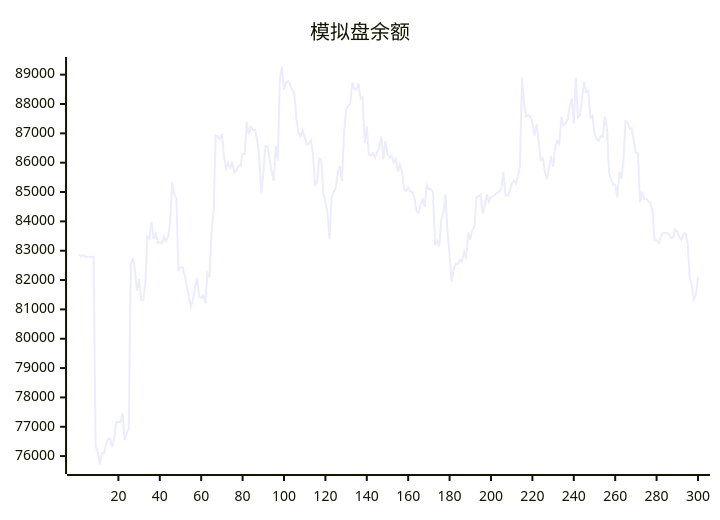
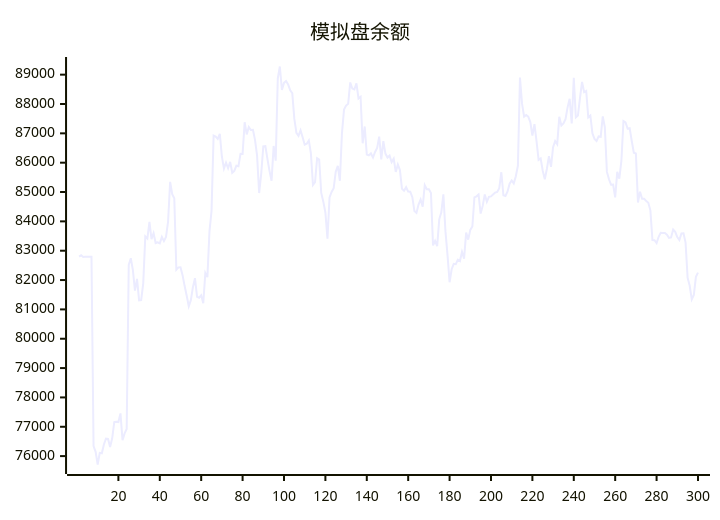
The diagram in README.md (aahl/ai-trading), drawn with Mermaid before and after one commit. The commit also changed other lines of this file and 1 other file, not shown here.

````diff
--- a/README.md
+++ b/README.md
@@ -5,5 +5,5 @@
 ```mermaid
 xychart
     title "模拟盘余额"
-    line [82873,82801,82844,82785,82791,82791,82793,82794,76339,76145,75714,76110,76096,76397,76594,76585,76310,76607,77160,77170,77160,77456,76541,76774,76927,82520,82744,82337,81639,82040,81307,81314,81887,83490,83414,83984,83396,83594,83261,83287,83253,83470,83327,83465,83987,85348,84930,84786,82355,82433,82438,82167,81795,81466,81105,81315,81756,82064,81426,81398,81481,81210,82242,82099,83658,84359,86925,86892,86814,86980,86203,85802,86003,85811,86028,85657,85721,85896,85880,86300,86299,87378,86965,87214,87115,87118,86780,86238,84966,85623,86555,86562,86129,85722,85387,86569,86070,88870,89278,88477,88720,88781,88668,88467,88372,87493,87018,86917,87102,86870,86613,86644,86758,86317,85242,85334,86149,86106,84968,84671,84302,83410,84816,85001,85127,85693,85891,85384,87001,87811,87945,88007,88734,88528,88495,88705,88189,88248,86662,87234,86279,86251,86314,86177,86364,86503,86886,86114,86731,86310,86176,86240,86017,86136,85685,85938,85749,85111,85044,85164,85016,85008,84824,84354,84287,84572,84745,84500,85234,85096,85095,84970,83180,83338,83157,84070,84309,84922,83667,82850,81924,82369,82552,82539,82695,82648,82962,82728,83619,83378,83710,83825,84819,84854,84917,84265,84527,84919,84668,84834,84850,84916,84981,85004,85131,85674,84891,84864,85019,85284,85393,85294,85538,85894,88904,88012,87567,87625,87568,87386,86920,87313,86737,86094,86143,85725,85437,85787,86219,85859,86526,86740,86630,87563,87264,87335,87483,87886,88180,87335,88894,87544,87608,88207,88755,88401,88444,87543,87608,87000,86810,86740,86894,86884,87576,87209,85686,85435,85251,85255,84820,85689,85453,86066,87420,87373,87161,87178,86740,86341,86315,84643,85012,84772,84768,84690,84635,84376,83360,83357,83259,83474,83608,83606,83602,83548,83440,83454,83724,83644,83464,83365,83590,83592,83275,82072,81806,81344,81492,82109]
+    line [82801,82844,82785,82791,82791,82793,82794,76339,76145,75714,76110,76096,76397,76594,76585,76310,76607,77160,77170,77160,77456,76541,76774,76927,82520,82744,82337,81639,82040,81307,81314,81887,83490,83414,83984,83396,83594,83261,83287,83253,83470,83327,83465,83987,85348,84930,84786,82355,82433,82438,82167,81795,81466,81105,81315,81756,82064,81426,81398,81481,81210,82242,82099,83658,84359,86925,86892,86814,86980,86203,85802,86003,85811,86028,85657,85721,85896,85880,86300,86299,87378,86965,87214,87115,87118,86780,86238,84966,85623,86555,86562,86129,85722,85387,86569,86070,88870,89278,88477,88720,88781,88668,88467,88372,87493,87018,86917,87102,86870,86613,86644,86758,86317,85242,85334,86149,86106,84968,84671,84302,83410,84816,85001,85127,85693,85891,85384,87001,87811,87945,88007,88734,88528,88495,88705,88189,88248,86662,87234,86279,86251,86314,86177,86364,86503,86886,86114,86731,86310,86176,86240,86017,86136,85685,85938,85749,85111,85044,85164,85016,85008,84824,84354,84287,84572,84745,84500,85234,85096,85095,84970,83180,83338,83157,84070,84309,84922,83667,82850,81924,82369,82552,82539,82695,82648,82962,82728,83619,83378,83710,83825,84819,84854,84917,84265,84527,84919,84668,84834,84850,84916,84981,85004,85131,85674,84891,84864,85019,85284,85393,85294,85538,85894,88904,88012,87567,87625,87568,87386,86920,87313,86737,86094,86143,85725,85437,85787,86219,85859,86526,86740,86630,87563,87264,87335,87483,87886,88180,87335,88894,87544,87608,88207,88755,88401,88444,87543,87608,87000,86810,86740,86894,86884,87576,87209,85686,85435,85251,85255,84820,85689,85453,86066,87420,87373,87161,87178,86740,86341,86315,84643,85012,84772,84768,84690,84635,84376,83360,83357,83259,83474,83608,83606,83602,83548,83440,83454,83724,83644,83464,83365,83590,83592,83275,82072,81806,81344,81492,82109,82254]
 ```
````
